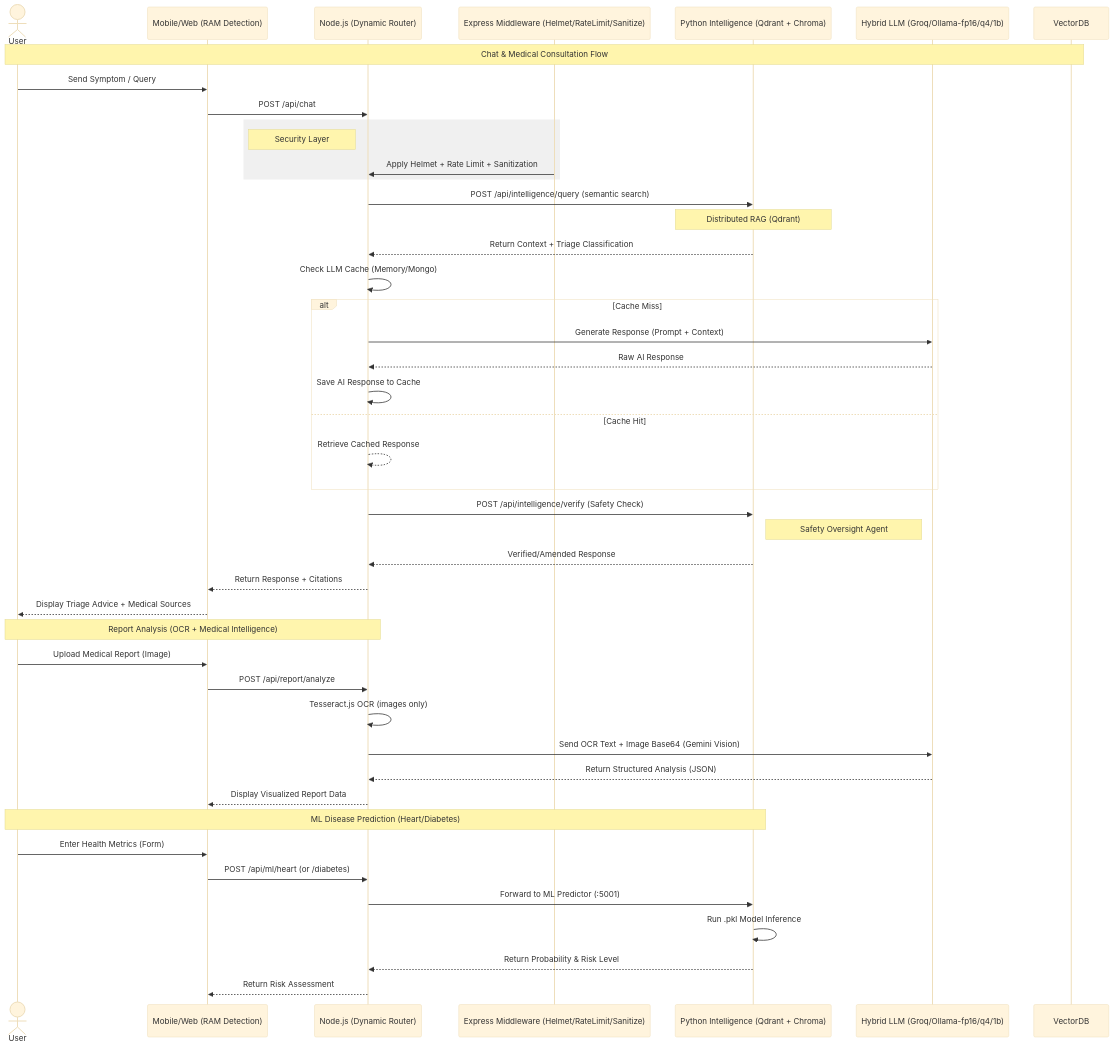
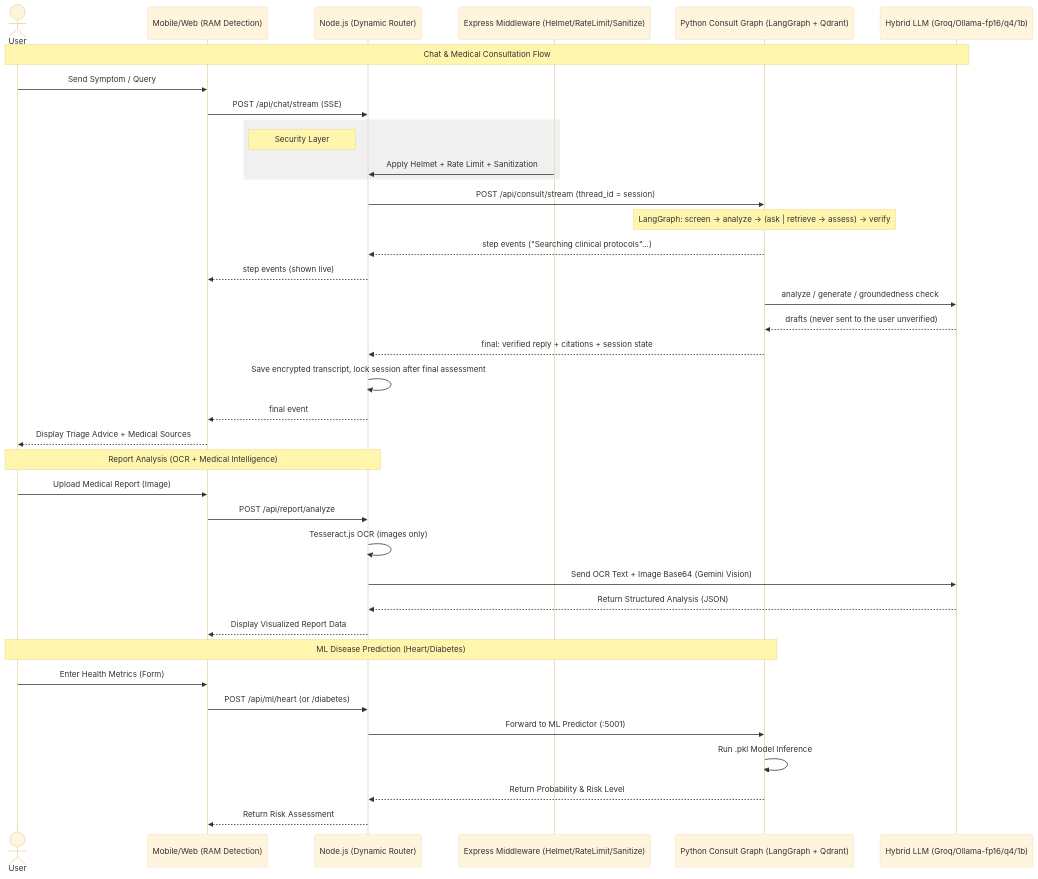
One commit to yashsrivastava1408/Aether-Clinic changed the first of 6 diagrams in README.md. Above: the diagram before and after it, drawn with Mermaid (base theme). The commit also changed other lines of this file and 117 other files, not shown here.

First line of the commit message:
LangGraph consult flow, Qdrant hybrid retrieval and agentic features

````diff
--- a/README.md
+++ b/README.md
@@ -36,55 +36,46 @@
 ```mermaid
 sequenceDiagram
     actor User
     participant App as Mobile/Web (RAM Detection)
     participant Server as Node.js (Dynamic Router)
     participant Security as Express Middleware (Helmet/RateLimit/Sanitize)
-    participant IntelHub as Python Intelligence (Qdrant + Chroma)
+    participant IntelHub as Python Consult Graph (LangGraph + Qdrant)
     participant LLM as Hybrid LLM (Groq/Ollama-fp16/q4/1b)
     
-    Note over User,VectorDB: Chat & Medical Consultation Flow
+    Note over User,LLM: Chat & Medical Consultation Flow
     User->>App: Send Symptom / Query
-    App->>Server: POST /api/chat
-    
+    App->>Server: POST /api/chat/stream (SSE)
+
     rect rgb(240, 240, 240)
         Note left of Server: Security Layer
         Security->>Server: Apply Helmet + Rate Limit + Sanitization
     end
 
-    Server->>IntelHub: POST /api/intelligence/query (semantic search)
-    Note over IntelHub: Distributed RAG (Qdrant)
-    IntelHub-->>Server: Return Context + Triage Classification
-    
-    Server->>Server: Check LLM Cache (Memory/Mongo)
-    alt Cache Miss
-        Server->>LLM: Generate Response (Prompt + Context)
-        LLM-->>Server: Raw AI Response
-        Server->>Server: Save AI Response to Cache
-    else Cache Hit
-        Server-->>Server: Retrieve Cached Response
-    end
-    
-    Server->>IntelHub: POST /api/intelligence/verify (Safety Check)
-    Note right of IntelHub: Safety Oversight Agent
-    IntelHub-->>Server: Verified/Amended Response
-    
-    Server-->>App: Return Response + Citations
+    Server->>IntelHub: POST /api/consult/stream (thread_id = session)
+    Note over IntelHub: LangGraph: screen → analyze → (ask | retrieve → assess) → verify
+    IntelHub-->>Server: step events ("Searching clinical protocols"...)
+    Server-->>App: step events (shown live)
+    IntelHub->>LLM: analyze / generate / groundedness check
+    LLM-->>IntelHub: drafts (never sent to the user unverified)
+    IntelHub-->>Server: final: verified reply + citations + session state
+    Server->>Server: Save encrypted transcript, lock session after final assessment
+    Server-->>App: final event
     App-->>User: Display Triage Advice + Medical Sources
 
     Note over User,Server: Report Analysis (OCR + Medical Intelligence)
     User->>App: Upload Medical Report (Image)
     App->>Server: POST /api/report/analyze
     
     Server->>Server: Tesseract.js OCR (images only)
     Server->>LLM: Send OCR Text + Image Base64 (Gemini Vision)
     LLM-->>Server: Return Structured Analysis (JSON)
     Server-->>App: Display Visualized Report Data
 
     Note over User,IntelHub: ML Disease Prediction (Heart/Diabetes)
     User->>App: Enter Health Metrics (Form)
     App->>Server: POST /api/ml/heart (or /diabetes)
     Server->>IntelHub: Forward to ML Predictor (:5001)
     IntelHub->>IntelHub: Run .pkl Model Inference
     IntelHub-->>Server: Return Probability & Risk Level
     Server-->>App: Return Risk Assessment
 ```
````
